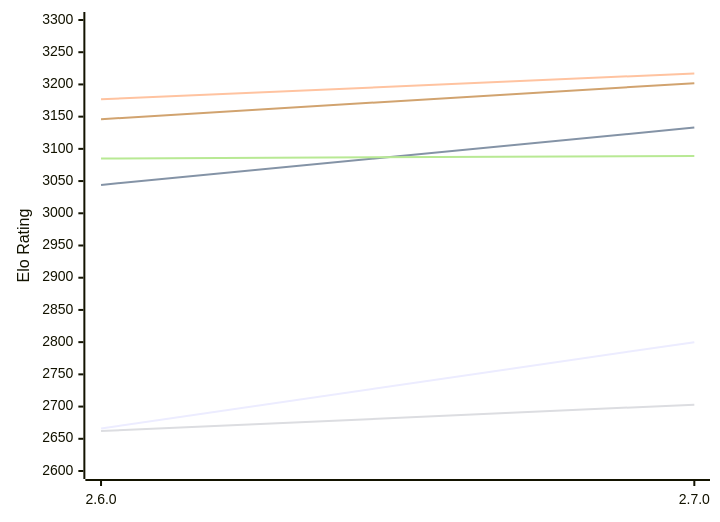
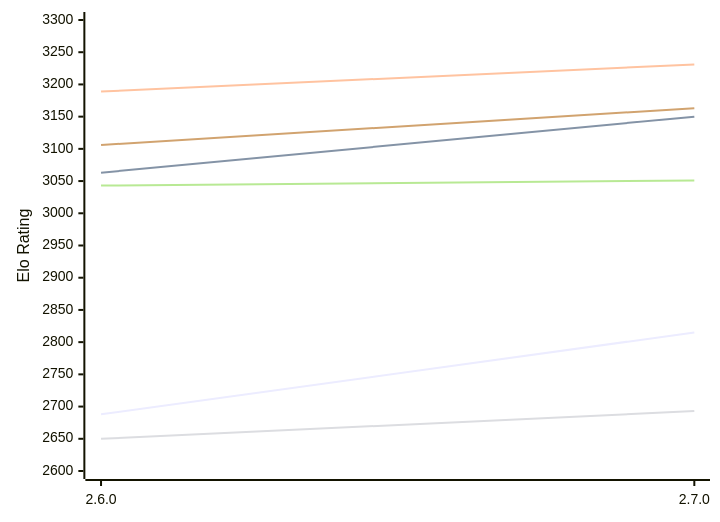
Before and after one commit to computer-chess-index/cci: the first of 2 diagrams in engines/Sturddle2.md, drawn with Mermaid. The commit also changed other lines of this file, not shown here.

Commit message:
Update CCI Ratings (ELO VLTC) - 2026-11-14

````diff
--- a/engines/Sturddle2.md
+++ b/engines/Sturddle2.md
@@ -51,12 +51,12 @@
 ```mermaid
 %%{init: {"theme":"base","themeVariables":{"seriesColors:['#a3a3a3','#222221','#faa371']}}}%%
 xychart-beta
   x-axis ["2.6.0", "2.7.0"]
   y-axis "Elo Rating" 2600 --> 3300
-  line "E1: STC (8.0+0.08s)" [2666, 2800]
-  line "E1: LTC (60.0+0.60s)" [3044, 3133]
-  line "E1: VLTC (2m24s+1.12s)" [3177, 3217]
-  line "P1: STC (8.0+0.08s)" [2662, 2703]
-  line "P1: LTC (60.0+0.60s)" [3085, 3089]
-  line "P1: VLTC (2m24s+1.12s)" [3146, 3202]
+  line "E1: STC (8.0+0.08s)" [2688, 2815]
+  line "E1: LTC (60.0+0.60s)" [3063, 3150]
+  line "E1: VLTC (2m24s+1.12s)" [3189, 3231]
+  line "P1: STC (8.0+0.08s)" [2650, 2693]
+  line "P1: LTC (60.0+0.60s)" [3043, 3051]
+  line "P1: VLTC (2m24s+1.12s)" [3106, 3163]
 ```
````
